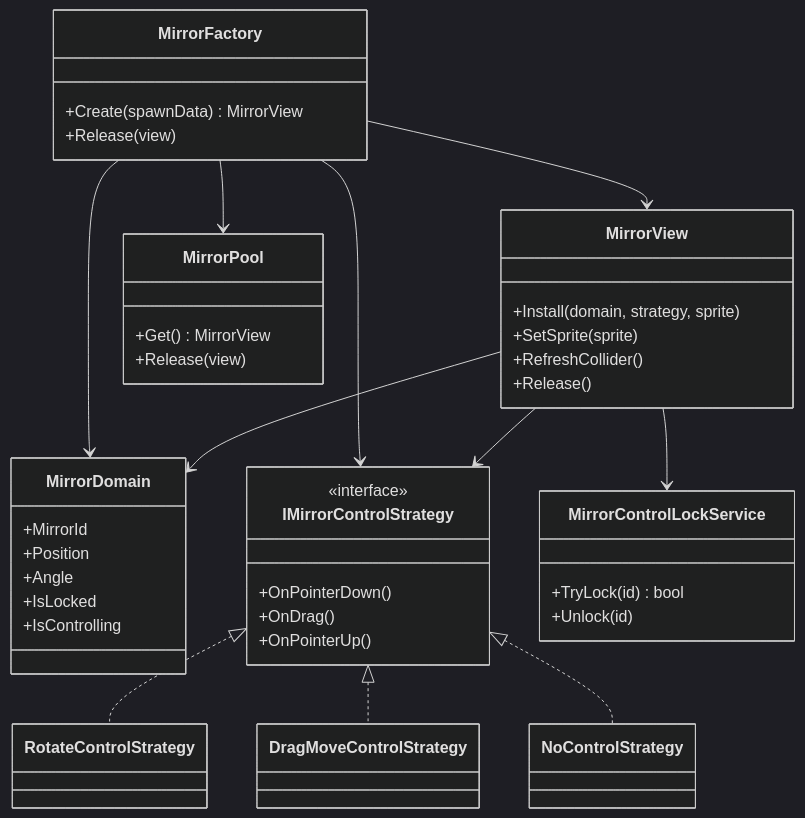
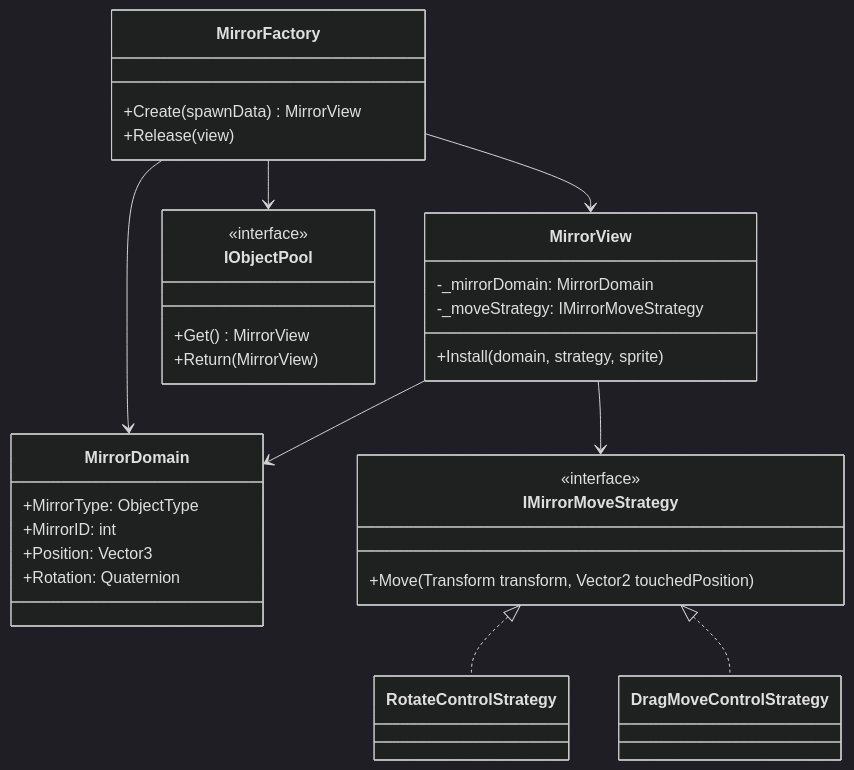
The second of 2 diagrams in README.md (moonshine1004/Polar-Less), drawn with Mermaid (dark theme) before and after one commit. The commit also changed other lines of this file and 5 other files, not shown here.

````diff
--- a/README.md
+++ b/README.md
@@ -75,56 +75,46 @@
 ``` mermaid
 classDiagram
     class MirrorView {
+        -_mirrorDomain: MirrorDomain
+        -_moveStrategy: IMirrorMoveStrategy
         +Install(domain, strategy, sprite)
-        +SetSprite(sprite)
-        +RefreshCollider()
-        +Release()
+
     }
 
     class MirrorDomain {
-        +MirrorId
-        +Position
-        +Angle
-        +IsLocked
-        +IsControlling
+        +MirrorType: ObjectType
+        +MirrorID: int
+        +Position: Vector3
+        +Rotation: Quaternion
     }
 
-    class IMirrorControlStrategy {
+    class IMirrorMoveStrategy {
         <<interface>>
-        +OnPointerDown()
-        +OnDrag()
-        +OnPointerUp()
+        +Move(Transform transform, Vector2 touchedPosition)
     }
 
     class RotateControlStrategy
     class DragMoveControlStrategy
-    class NoControlStrategy
+
 
     class MirrorFactory {
         +Create(spawnData) MirrorView
         +Release(view)
     }
 
-    class MirrorPool {
+    class IObjectPool {
+        <<interface>>
         +Get() MirrorView
-        +Release(view)
+        +Return(MirrorView)
     }
 
-    class MirrorControlLockService {
-        +TryLock(id) bool
-        +Unlock(id)
-    }
-
-    MirrorFactory --> MirrorPool
+    MirrorFactory --> IObjectPool
     MirrorFactory --> MirrorDomain
-    MirrorFactory --> IMirrorControlStrategy
     MirrorFactory --> MirrorView
 
     MirrorView --> MirrorDomain
-    MirrorView --> IMirrorControlStrategy
-    MirrorView --> MirrorControlLockService
+    MirrorView --> IMirrorMoveStrategy
 
-    IMirrorControlStrategy <|.. RotateControlStrategy
-    IMirrorControlStrategy <|.. DragMoveControlStrategy
-    IMirrorControlStrategy <|.. NoControlStrategy
+    IMirrorMoveStrategy <|.. RotateControlStrategy
+    IMirrorMoveStrategy <|.. DragMoveControlStrategy
 ```
````
